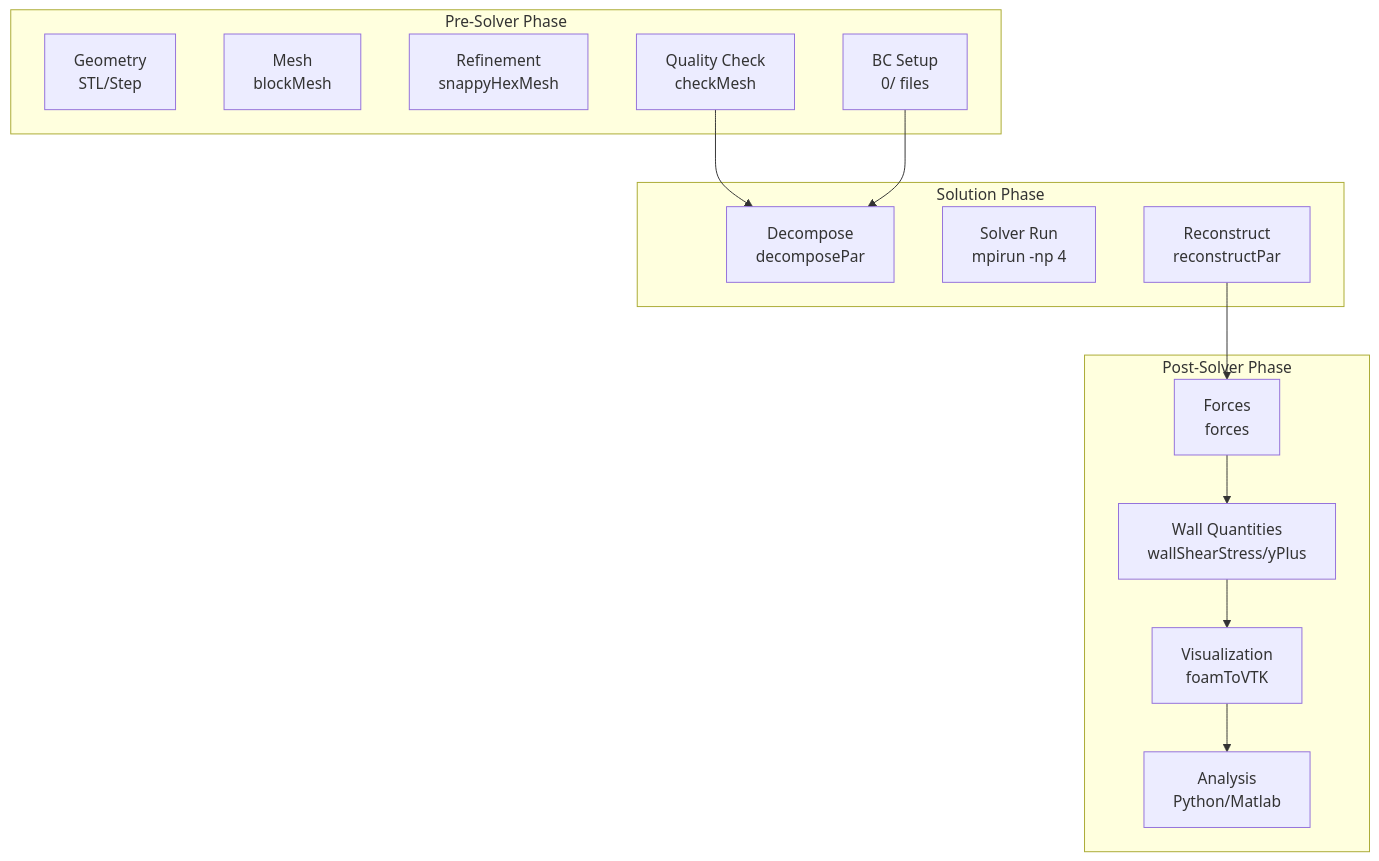
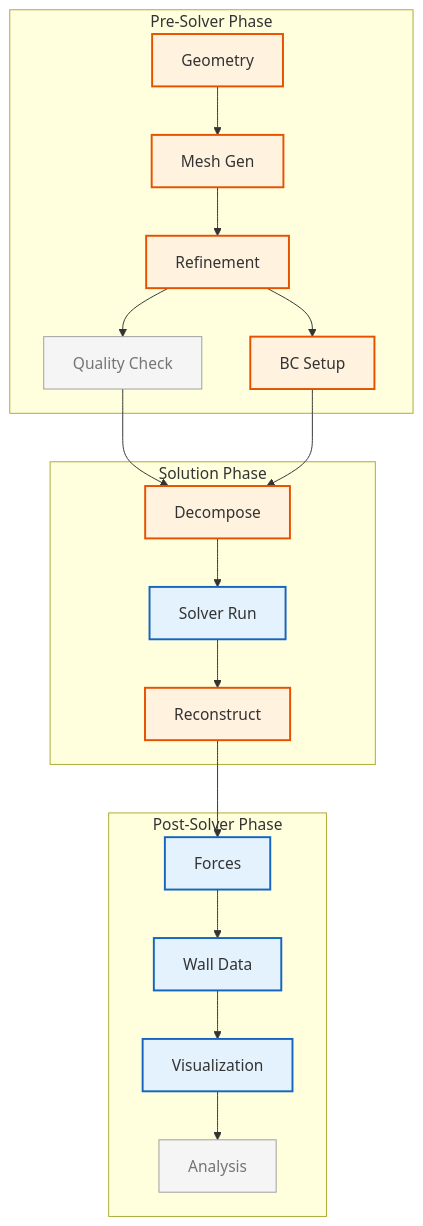
Before and after one commit to wramet/build-my-cfd: the second of 2 diagrams in MODULE_07_UTILITIES_AUTOMATION/CONTENT/08_EXPERT_UTILITIES/07_Integration_with_Solver_Workflows.md, drawn with Mermaid. The commit also changed other lines of this file and 313 other files, not shown here.

Commit message:
Revise all diagram

````diff
--- a/MODULE_07_UTILITIES_AUTOMATION/CONTENT/08_EXPERT_UTILITIES/07_Integration_with_Solver_Workflows.md
+++ b/MODULE_07_UTILITIES_AUTOMATION/CONTENT/08_EXPERT_UTILITIES/07_Integration_with_Solver_Workflows.md
@@ -1359,30 +1359,36 @@
 ```mermaid
 flowchart TD
-    subgraph Pre ["Pre-Solver Phase"]
-        P1[Geometry<br/>STL/Step]
-        P2[Mesh<br/>blockMesh]
-        P3[Refinement<br/>snappyHexMesh]
-        P4[Quality Check<br/>checkMesh]
-        P5[BC Setup<br/>0/ files]
-    end
+%% Classes
+classDef explicit fill:#fff3e0,stroke:#e65100,stroke-width:2px;
+classDef implicit fill:#e3f2fd,stroke:#1565c0,stroke-width:2px;
+classDef context fill:#f5f5f5,stroke:#9e9e9e,stroke-width:1px,color:#757575;
+%% Subgraphs
+subgraph Pre[Pre-Solver Phase]
+    P1[Geometry]:::explicit
+    P2[Mesh Gen]:::explicit
+    P3[Refinement]:::explicit
+    P4[Quality Check]:::context
+    P5[BC Setup]:::explicit
+end
 
-    subgraph Sol ["Solution Phase"]
-        S1[Decompose<br/>decomposePar]
-        S2[Solver Run<br/>mpirun -np 4]
-        S3[Reconstruct<br/>reconstructPar]
-    end
+subgraph Sol[Solution Phase]
+    S1[Decompose]:::explicit
+    S2[Solver Run]:::implicit
+    S3[Reconstruct]:::explicit
+end
 
-    subgraph Post ["Post-Solver Phase"]
-        Pst1[Forces<br/>forces]
-        Pst2[Wall Quantities<br/>wallShearStress/yPlus]
-        Pst3[Visualization<br/>foamToVTK]
-        Pst4[Analysis<br/>Python/Matlab]
-    end
+subgraph Post[Post-Solver Phase]
+    Pst1[Forces]:::implicit
+    Pst2[Wall Data]:::implicit
+    Pst3[Visualization]:::implicit
+    Pst4[Analysis]:::context
+end
 
-    P4 --> S1
-    P5 --> S1
-    S3 --> Pst1
-    Pst1 --> Pst2
-    Pst2 --> Pst3
-    Pst3 --> Pst4
+%% Links
+P1 --> P2 --> P3 --> P4
+P3 --> P5
+P4 --> S1
+P5 --> S1
+S1 --> S2 --> S3
+S3 --> Pst1 --> Pst2 --> Pst3 --> Pst4
 ```
````
